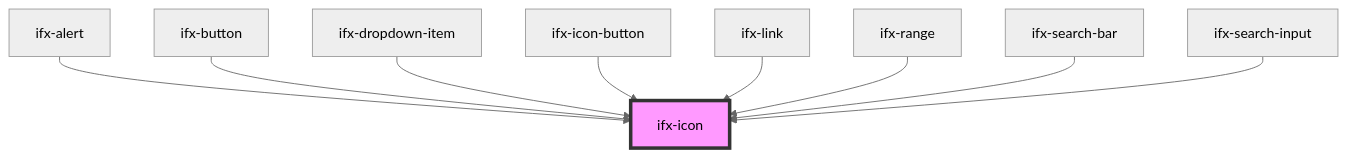
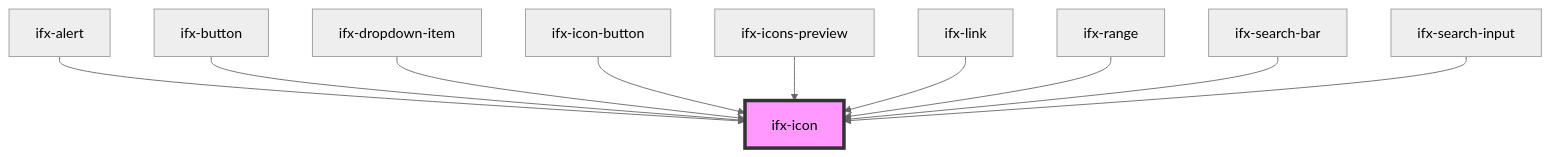
The diagram in src/components/icon/readme.md (Infineon/infineon-design-system-stencil), drawn with Mermaid (neutral theme) before and after one commit. The commit also changed other lines of this file and 7 other files, not shown here.

````diff
--- a/src/components/icon/readme.md
+++ b/src/components/icon/readme.md
@@ -30,12 +31,13 @@
 ```mermaid
 graph TD;
   ifx-alert --> ifx-icon
   ifx-button --> ifx-icon
   ifx-dropdown-item --> ifx-icon
   ifx-icon-button --> ifx-icon
+  ifx-icons-preview --> ifx-icon
   ifx-link --> ifx-icon
   ifx-range --> ifx-icon
   ifx-search-bar --> ifx-icon
   ifx-search-input --> ifx-icon
   style ifx-icon fill:#f9f,stroke:#333,stroke-width:4px
 ```
````
